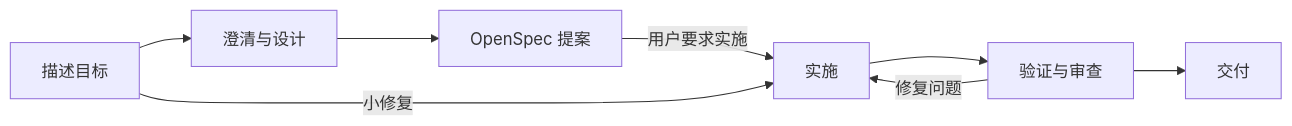
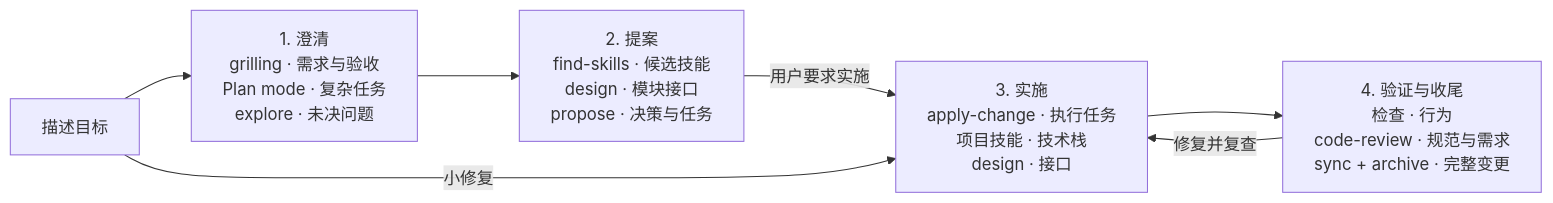
Before and after one commit to shuaibilx/AI-workflow-coding: the diagram in README.zh-CN.md, drawn with Mermaid. The commit also changed other lines of this file and 2 other files, not shown here.

Commit message:
docs: map skills to workflow stages

````diff
--- a/README.zh-CN.md
+++ b/README.zh-CN.md
@@ -33,10 +33,9 @@
 ```mermaid
 flowchart LR
-    A[描述目标] --> B[澄清与设计]
-    B --> C[OpenSpec 提案]
-    C -->|用户要求实施| D[实施]
-    D --> E[验证与审查]
-    E --> F[交付]
+    A[描述目标] --> B["1. 澄清<br/>grilling · 需求与验收<br/>Plan mode · 复杂任务<br/>explore · 未决问题"]
+    B --> C["2. 提案<br/>find-skills · 候选技能<br/>design · 模块接口<br/>propose · 决策与任务"]
+    C -->|用户要求实施| D["3. 实施<br/>apply-change · 执行任务<br/>项目技能 · 技术栈<br/>design · 接口"]
+    D --> E["4. 验证与收尾<br/>检查 · 行为<br/>code-review · 规范与需求<br/>sync + archive · 完整变更"]
     A -->|小修复| D
-    E -->|修复问题| D
+    E -->|修复并复查| D
 ```
````
